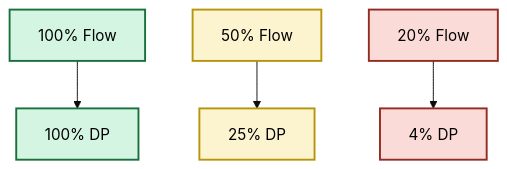
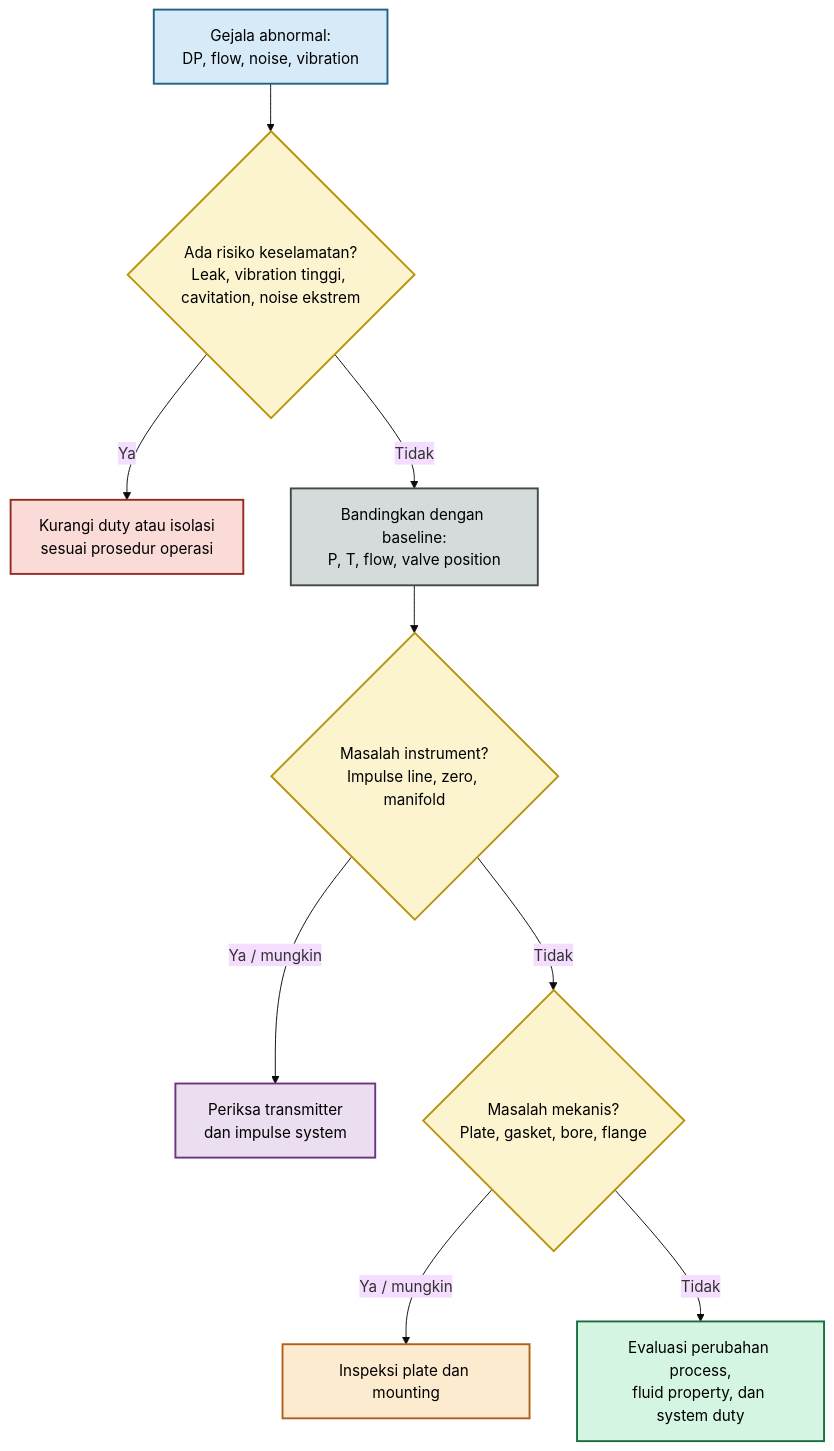
Before and after one commit to slametsampon/mx-core: diagram 16 of 18 in plugins/mx-core-docs/src/content/blog/maintenance/elins/orifice-plate.mdx, drawn with Mermaid (base theme). The commit also changed other lines of this file and 4 other files, not shown here.

Commit message:
mx-core-docs: update orifice-plate

````diff
--- a/plugins/mx-core-docs/src/content/blog/maintenance/elins/orifice-plate.mdx
+++ b/plugins/mx-core-docs/src/content/blog/maintenance/elins/orifice-plate.mdx
@@ -1801,13 +6733,28 @@
-```mermaid id="turndown"
-flowchart TD
+```mermaid id="orifice_troubleshooting"
+flowchart TB
+    A["Gejala abnormal:<br/>DP, flow, noise, vibration"]:::start
+    B{"Ada risiko keselamatan?<br/>Leak, vibration tinggi, cavitation, noise ekstrem"}:::decision
+    C["Kurangi duty atau isolasi<br/>sesuai prosedur operasi"]:::risk
+    D["Bandingkan dengan baseline:<br/>P, T, flow, valve position"]:::check
+    E{"Masalah instrument?<br/>Impulse line, zero, manifold"}:::decision
+    F["Periksa transmitter<br/>dan impulse system"]:::inst
+    G{"Masalah mekanis?<br/>Plate, gasket, bore, flange"}:::decision
+    H["Inspeksi plate dan mounting"]:::mech
+    I["Evaluasi perubahan process,<br/>fluid property, dan system duty"]:::proc
 
-A["100% Flow"]:::g --> B["100% DP"]:::g
+    A --> B
+    B -->|"Ya"| C
+    B -->|"Tidak"| D --> E
+    E -->|"Ya / mungkin"| F
+    E -->|"Tidak"| G
+    G -->|"Ya / mungkin"| H
+    G -->|"Tidak"| I
 
-C["50% Flow"]:::y --> D["25% DP"]:::y
-
-E["20% Flow"]:::r --> F["4% DP"]:::r
-
-classDef g fill:#D5F5E3,color:#000,stroke:#196F3D,stroke-width:2px;
-classDef y fill:#FCF3CF,color:#000,stroke:#B7950B,stroke-width:2px;
-classDef r fill:#FADBD8,color:#000,stroke:#922B21,stroke-width:2px;
+    classDef start fill:#D6EAF8,stroke:#1F618D,color:#000,stroke-width:2px;
+    classDef decision fill:#FCF3CF,stroke:#B7950B,color:#000,stroke-width:2px;
+    classDef risk fill:#FADBD8,stroke:#922B21,color:#000,stroke-width:2px;
+    classDef check fill:#D5DBDB,stroke:#424949,color:#000,stroke-width:2px;
+    classDef inst fill:#EBDEF0,stroke:#6C3483,color:#000,stroke-width:2px;
+    classDef mech fill:#FDEBD0,stroke:#AF601A,color:#000,stroke-width:2px;
+    classDef proc fill:#D5F5E3,stroke:#196F3D,color:#000,stroke-width:2px;
 ```
````
